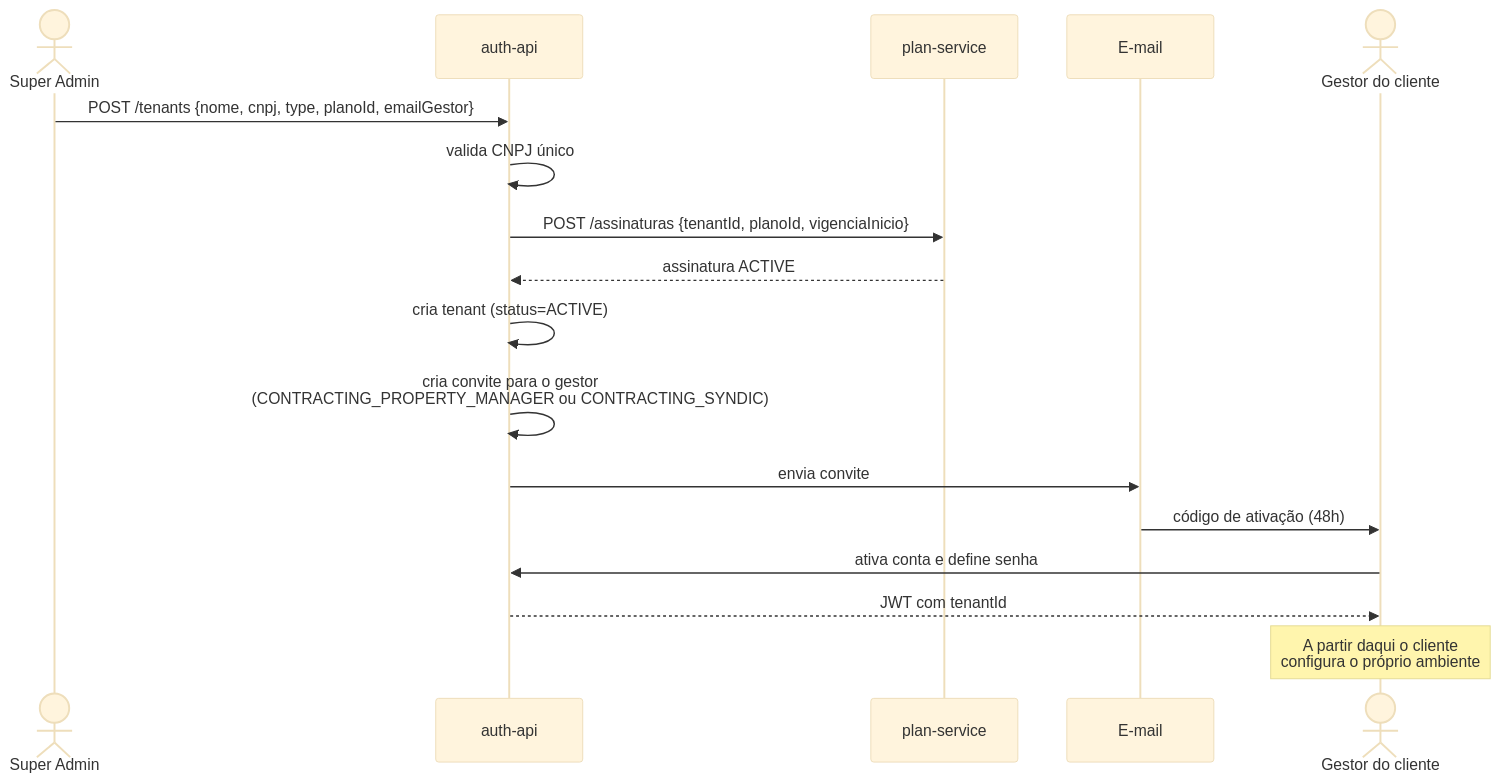
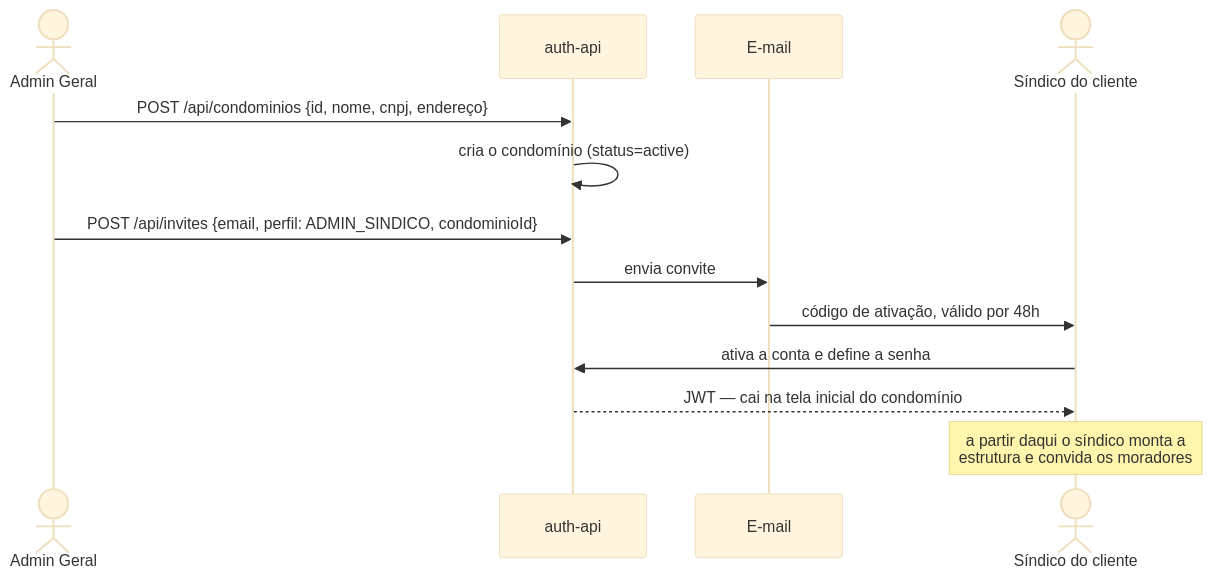
The first of 5 diagrams in docs/ESPECIFICACAO-PROJETO.md (JuanServelo/Mora-Backend), drawn with Mermaid (base theme) before and after one commit. The commit also changed other lines of this file and 15 other files, not shown here.

````diff
--- a/docs/ESPECIFICACAO-PROJETO.md
+++ b/docs/ESPECIFICACAO-PROJETO.md
@@ -160,20 +124,16 @@
 ```mermaid
 sequenceDiagram
-    actor SA as Super Admin
-    participant AUTH as auth-api
-    participant PLAN as plan-service
+    actor SA as Admin Geral
+    participant API as auth-api
     participant MAIL as E-mail
-    actor GEST as Gestor do cliente
+    actor SIN as Síndico do cliente
 
-    SA->>AUTH: POST /tenants {nome, cnpj, type, planoId, emailGestor}
-    AUTH->>AUTH: valida CNPJ único
-    AUTH->>PLAN: POST /assinaturas {tenantId, planoId, vigenciaInicio}
-    PLAN-->>AUTH: assinatura ACTIVE
-    AUTH->>AUTH: cria tenant (status=ACTIVE)
-    AUTH->>AUTH: cria convite para o gestor<br/>(CONTRACTING_PROPERTY_MANAGER ou CONTRACTING_SYNDIC)
-    AUTH->>MAIL: envia convite
-    MAIL->>GEST: código de ativação (48h)
-    GEST->>AUTH: ativa conta e define senha
-    AUTH-->>GEST: JWT com tenantId
-    Note over GEST: A partir daqui o cliente<br/>configura o próprio ambiente
+    SA->>API: POST /api/condominios {id, nome, cnpj, endereço}
+    API->>API: cria o condomínio (status=active)
+    SA->>API: POST /api/invites {email, perfil: ADMIN_SINDICO, condominioId}
+    API->>MAIL: envia convite
+    MAIL->>SIN: código de ativação, válido por 48h
+    SIN->>API: ativa a conta e define a senha
+    API-->>SIN: JWT — cai na tela inicial do condomínio
+    Note over SIN: a partir daqui o síndico monta a<br/>estrutura e convida os moradores
 ```
````
